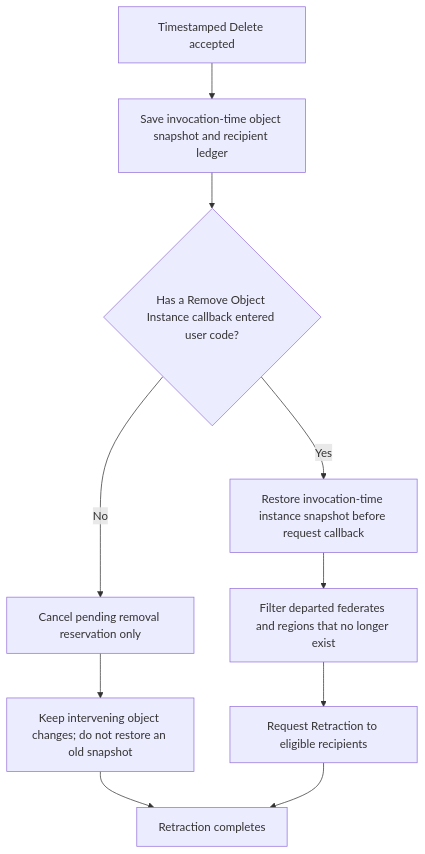
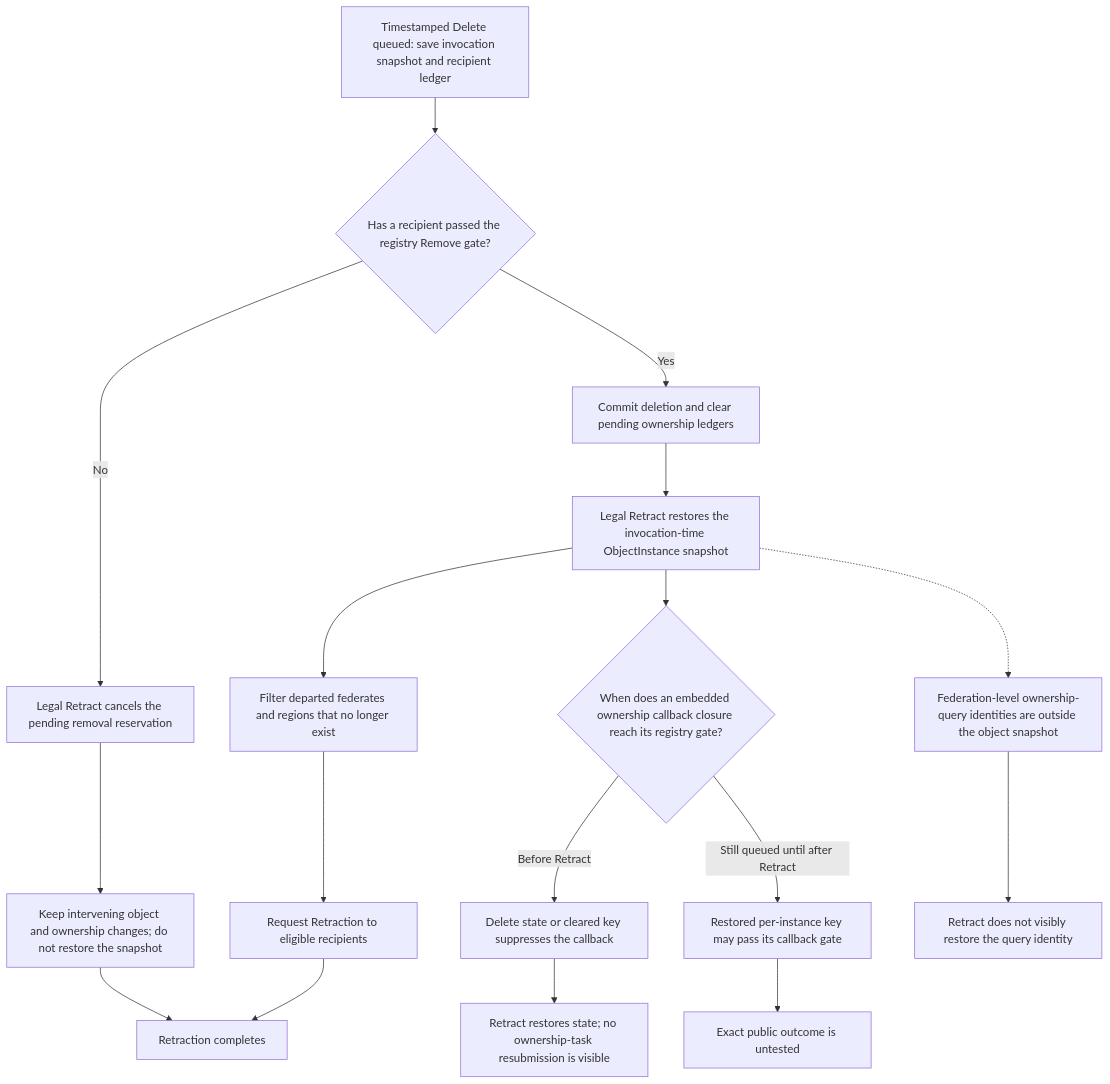
The eighth of 11 diagrams in docs/design/HLA-2025-TSO-RETRACTION-FLOW-GUIDE.md (sheepfling/umbra), drawn with Mermaid before and after one commit. The commit also changed other lines of this file and 668 other files, not shown here.

````diff
--- a/docs/design/HLA-2025-TSO-RETRACTION-FLOW-GUIDE.md
+++ b/docs/design/HLA-2025-TSO-RETRACTION-FLOW-GUIDE.md
@@ -475,12 +475,19 @@
 ```mermaid
 flowchart TD
-  A[Timestamped Delete accepted] --> B[Save invocation-time object snapshot and recipient ledger]
-  B --> C{Has a Remove Object Instance callback entered user code?}
-  C -->|No| D[Cancel pending removal reservation only]
-  D --> E[Keep intervening object changes; do not restore an old snapshot]
-  C -->|Yes| F[Restore invocation-time instance snapshot before request callback]
+  A[Timestamped Delete queued: save invocation snapshot and recipient ledger] --> B{Has a recipient passed the registry Remove gate?}
+  B -->|No| C[Legal Retract cancels the pending removal reservation]
+  C --> D[Keep intervening object and ownership changes; do not restore the snapshot]
+  B -->|Yes| E[Commit deletion and clear pending ownership ledgers]
+  E --> F[Legal Retract restores the invocation-time ObjectInstance snapshot]
   F --> G[Filter departed federates and regions that no longer exist]
   G --> H[Request Retraction to eligible recipients]
-  E --> I[Retraction completes]
+  F --> S{When does an embedded ownership callback closure reach its registry gate?}
+  S -->|Before Retract| T[Delete state or cleared key suppresses the callback]
+  T --> U[Retract restores state; no ownership-task resubmission is visible]
+  S -->|Still queued until after Retract| V[Restored per-instance key may pass its callback gate]
+  V --> W[Exact public outcome is untested]
+  F -.-> Q[Federation-level ownership-query identities are outside the object snapshot]
+  Q --> R[Retract does not visibly restore the query identity]
+  D --> I[Retraction completes]
   H --> I
 ```
````
